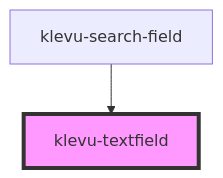
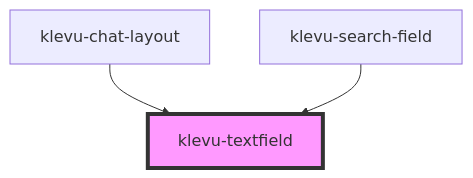
The diagram in packages/klevu-ui/src/components/klevu-textfield/readme.md (klevultd/frontend-sdk), drawn with Mermaid before and after one commit. The commit also changed other lines of this file and 20 other files, not shown here.

Commit message:
chat bubble and layout components

````diff
--- a/packages/klevu-ui/src/components/klevu-textfield/readme.md
+++ b/packages/klevu-ui/src/components/klevu-textfield/readme.md
@@ -46,5 +47,6 @@
 ```mermaid
 graph TD;
+  klevu-chat-layout --> klevu-textfield
   klevu-search-field --> klevu-textfield
   style klevu-textfield fill:#f9f,stroke:#333,stroke-width:4px
 ```
````
